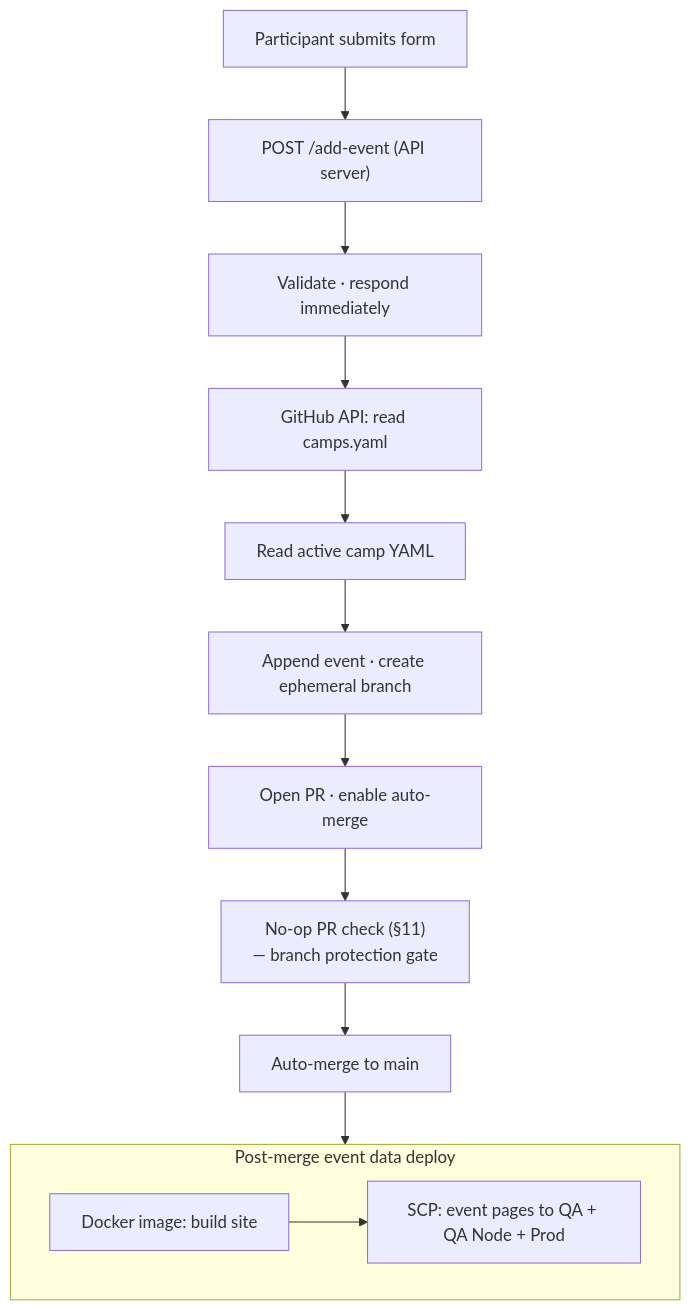
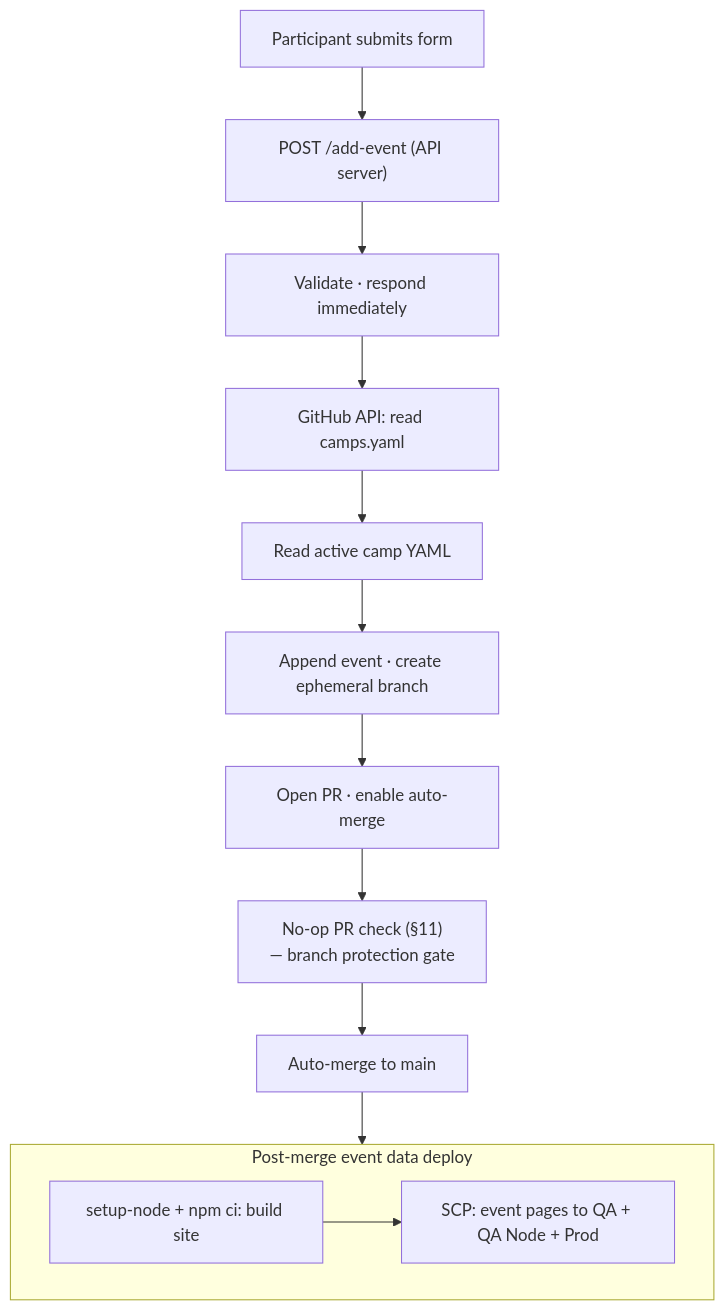
One commit to moggleif/sbsommar changed the first of 2 diagrams in docs/03-ARCHITECTURE.md. Above: the diagram before and after it, drawn with Mermaid. The commit also changed other lines of this file and 1 other file, not shown here.

First line of the commit message:
docs: update architecture and traceability for setup-node (§52)

````diff
--- a/docs/03-ARCHITECTURE.md
+++ b/docs/03-ARCHITECTURE.md
@@ -109,16 +109,16 @@
 ```mermaid
 flowchart TD
     A[Participant submits form] --> B["POST /add-event (API server)"]
     B --> C[Validate · respond immediately]
     C --> D[GitHub API: read camps.yaml]
     D --> E[Read active camp YAML]
     E --> F[Append event · create ephemeral branch]
     F --> G[Open PR · enable auto-merge]
     G --> H["No-op PR check (§11)\n— branch protection gate"]
     H --> I[Auto-merge to main]
     I --> J
 
     subgraph J [Post-merge event data deploy]
-        K[Docker image: build site] --> L[SCP: event pages to QA + QA Node + Prod]
+        K[setup-node + npm ci: build site] --> L[SCP: event pages to QA + QA Node + Prod]
     end
 ```
````
